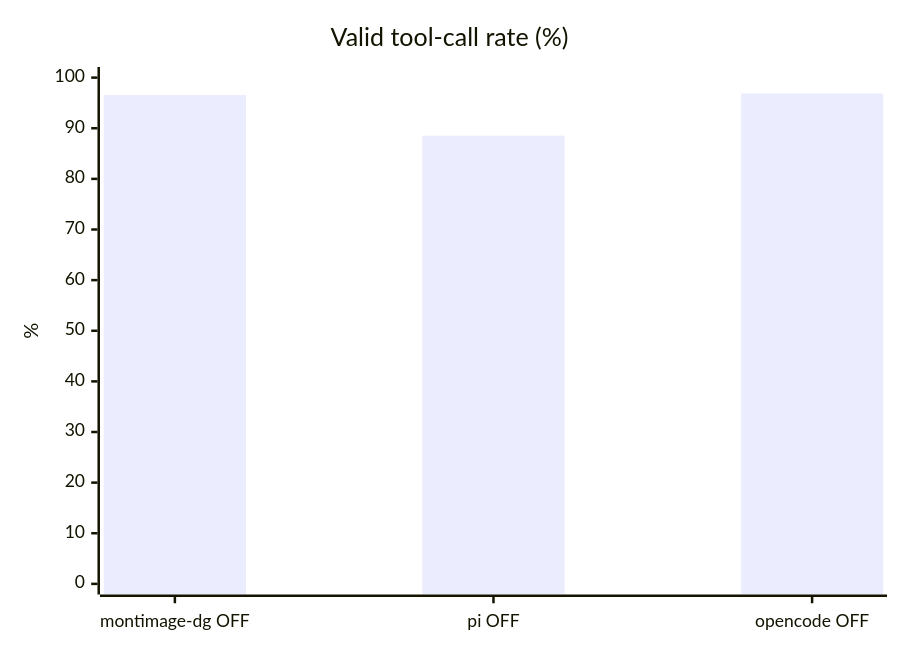
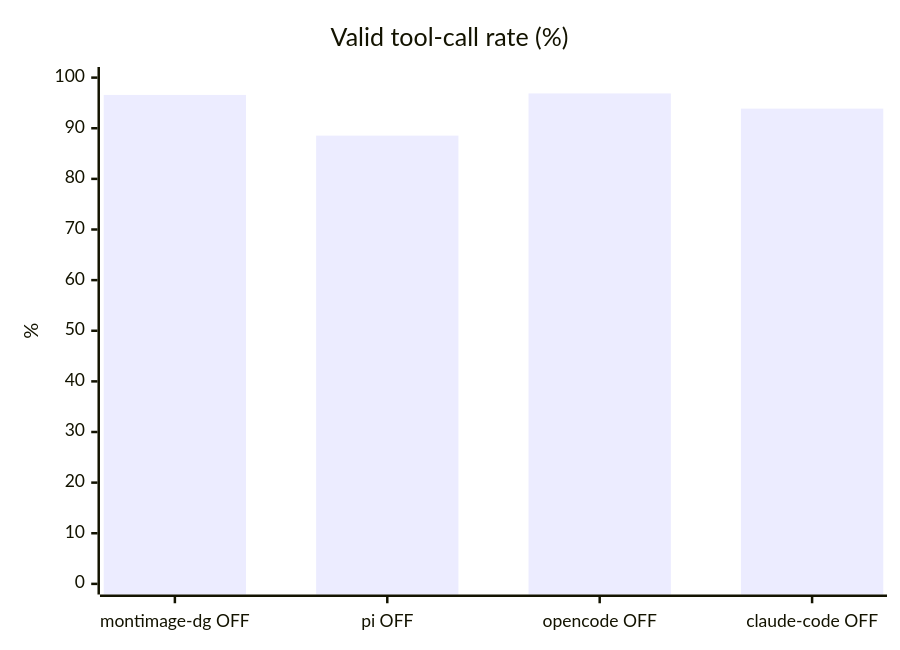
Before and after one commit to luongnv89/dgx-spark-llm-lab: the fifth of 6 diagrams in results/2026-08-20-pi-harness/REPORT.md, drawn with Mermaid. The commit also changed other lines of this file and 12 other files, not shown here.

First line of the commit message:
Add the Claude Code harness adapter and fold it into the comparison (#1)

````diff
--- a/results/2026-08-20-pi-harness/REPORT.md
+++ b/results/2026-08-20-pi-harness/REPORT.md
@@ -59,7 +62,7 @@
 ```mermaid
 xychart-beta
     title "Valid tool-call rate (%)"
-    x-axis ["montimage-dg OFF", "pi OFF", "opencode OFF"]
+    x-axis ["montimage-dg OFF", "pi OFF", "opencode OFF", "claude-code OFF"]
     y-axis "%" 0 --> 100
-    bar [96.58, 88.54, 96.88]
+    bar [96.58, 88.54, 96.88, 93.88]
 ```
````
